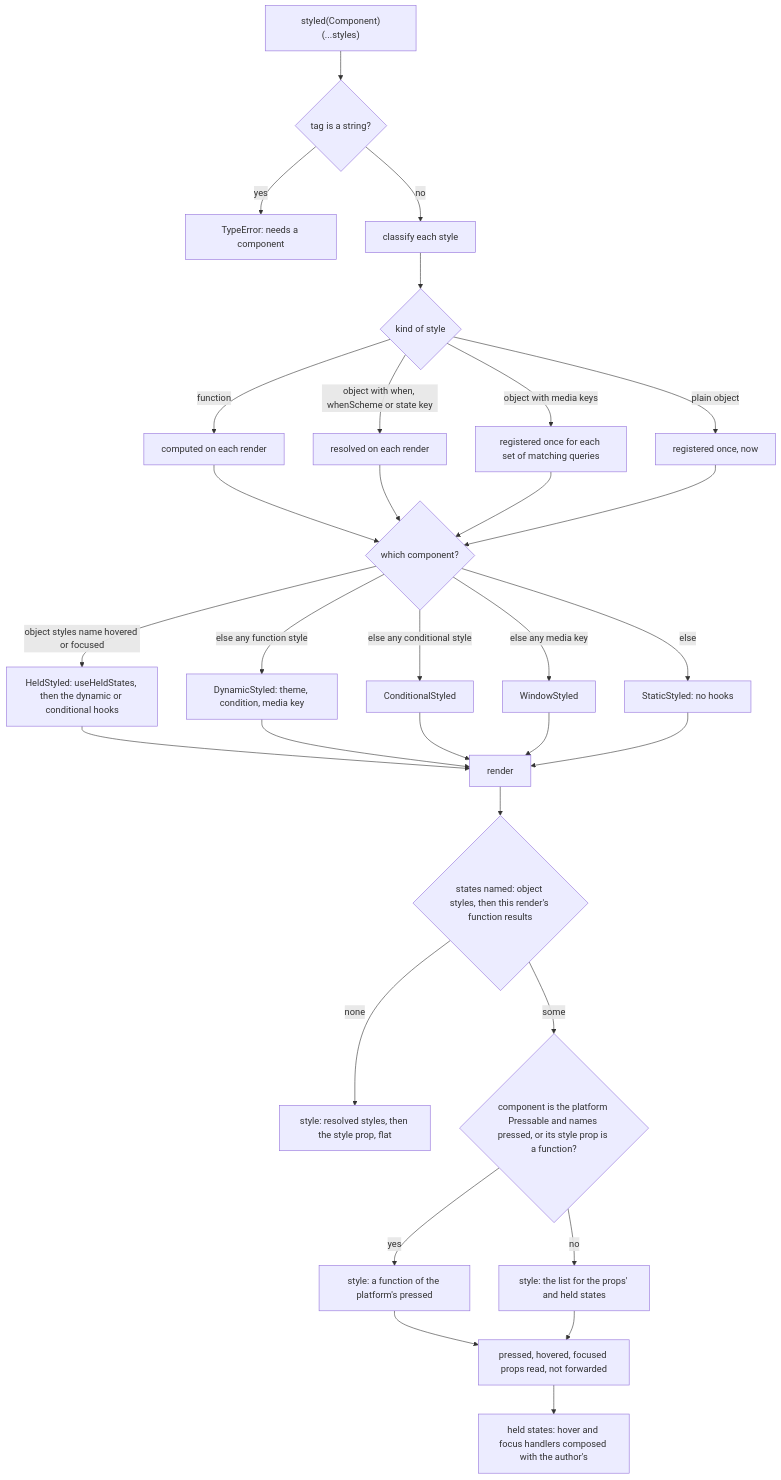
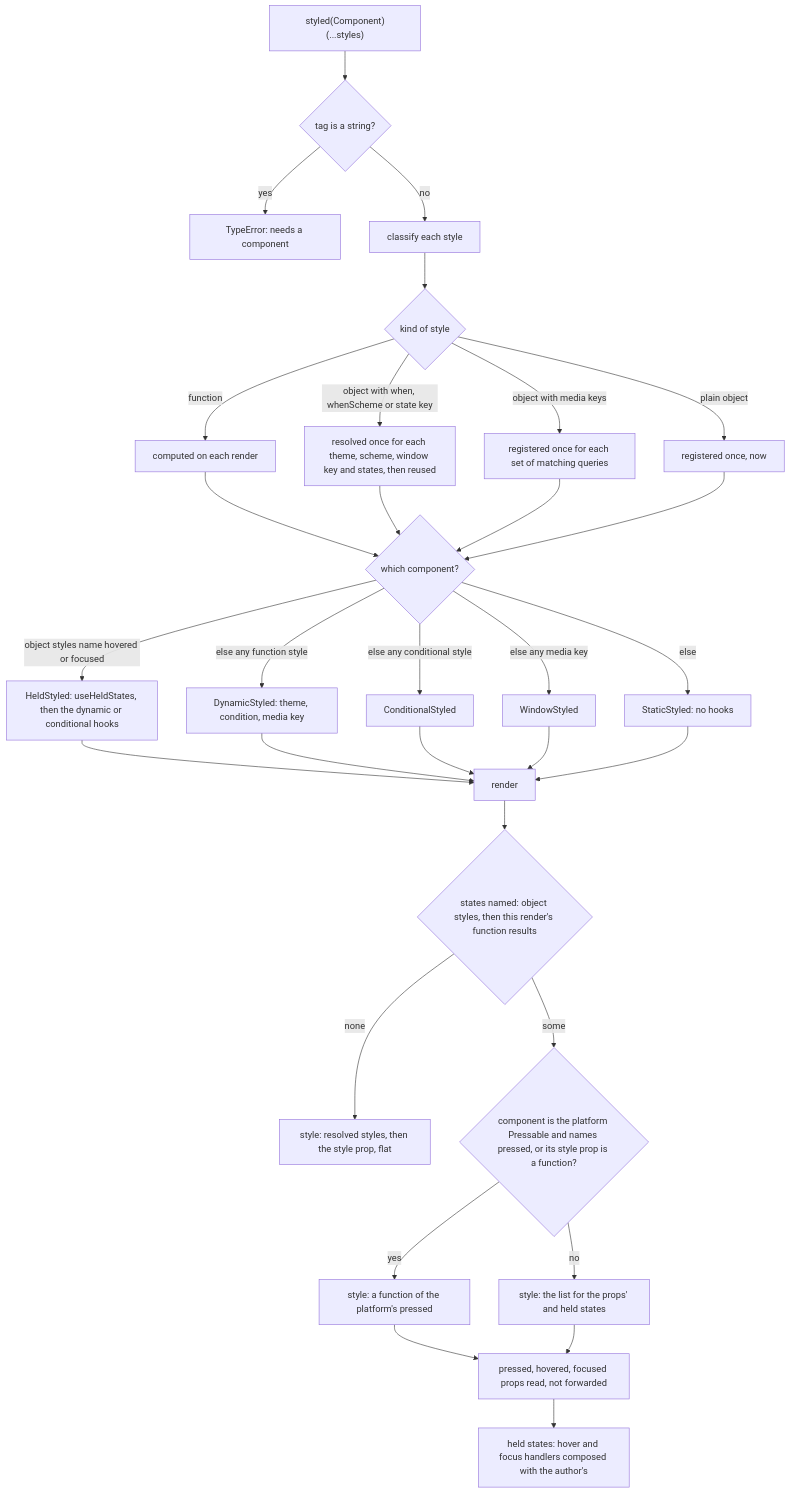
Before and after one commit to soroush-tech/umber-style: the diagram in packages/react-native/src/styled.md, drawn with Mermaid. The commit also changed other lines of this file and 28 other files, not shown here.

Commit message:
perf: a class the cache has is not compiled again, merges of classes are remembered, tokens are shared by the engines of a family, and the scan of a page reads each class once - close #10

````diff
--- a/packages/react-native/src/styled.md
+++ b/packages/react-native/src/styled.md
@@ -19,33 +19,33 @@
 ```mermaid
 flowchart TD
   def["styled(Component)(...styles)"] --> tag{"tag is a string?"}
   tag -->|"yes"| throw["TypeError: needs a component"]
   tag -->|"no"| kinds["classify each style"]
   kinds --> k{"kind of style"}
   k -->|"function"| fn["computed on each render"]
-  k -->|"object with when, whenScheme or state key"| cond["resolved on each render"]
+  k -->|"object with when, whenScheme or state key"| cond["resolved once for each theme, scheme, window key and states, then reused"]
   k -->|"object with media keys"| win["registered once for each set of matching queries"]
   k -->|"plain object"| fixed["registered once, now"]
   fn --> pick{"which component?"}
   cond --> pick
   win --> pick
   fixed --> pick
   pick -->|"object styles name hovered or focused"| held["HeldStyled: useHeldStates, then the dynamic or conditional hooks"]
   pick -->|"else any function style"| dyn["DynamicStyled: theme, condition, media key"]
   pick -->|"else any conditional style"| cnd["ConditionalStyled"]
   pick -->|"else any media key"| wnd["WindowStyled"]
   pick -->|"else"| stat["StaticStyled: no hooks"]
   held --> render["render"]
   dyn --> render
   cnd --> render
   wnd --> render
   stat --> render
   render --> used{"states named: object styles, then this render's function results"}
   used -->|"none"| arr["style: resolved styles, then the style prop, flat"]
   used -->|"some"| pressable{"component is the platform Pressable and names pressed, or its style prop is a function?"}
   pressable -->|"yes"| fnStyle["style: a function of the platform's pressed"]
   pressable -->|"no"| stateArr["style: the list for the props' and held states"]
   fnStyle --> consume["pressed, hovered, focused props read, not forwarded"]
   stateArr --> consume
   consume --> handlersNode["held states: hover and focus handlers composed with the author's"]
 ```
````
